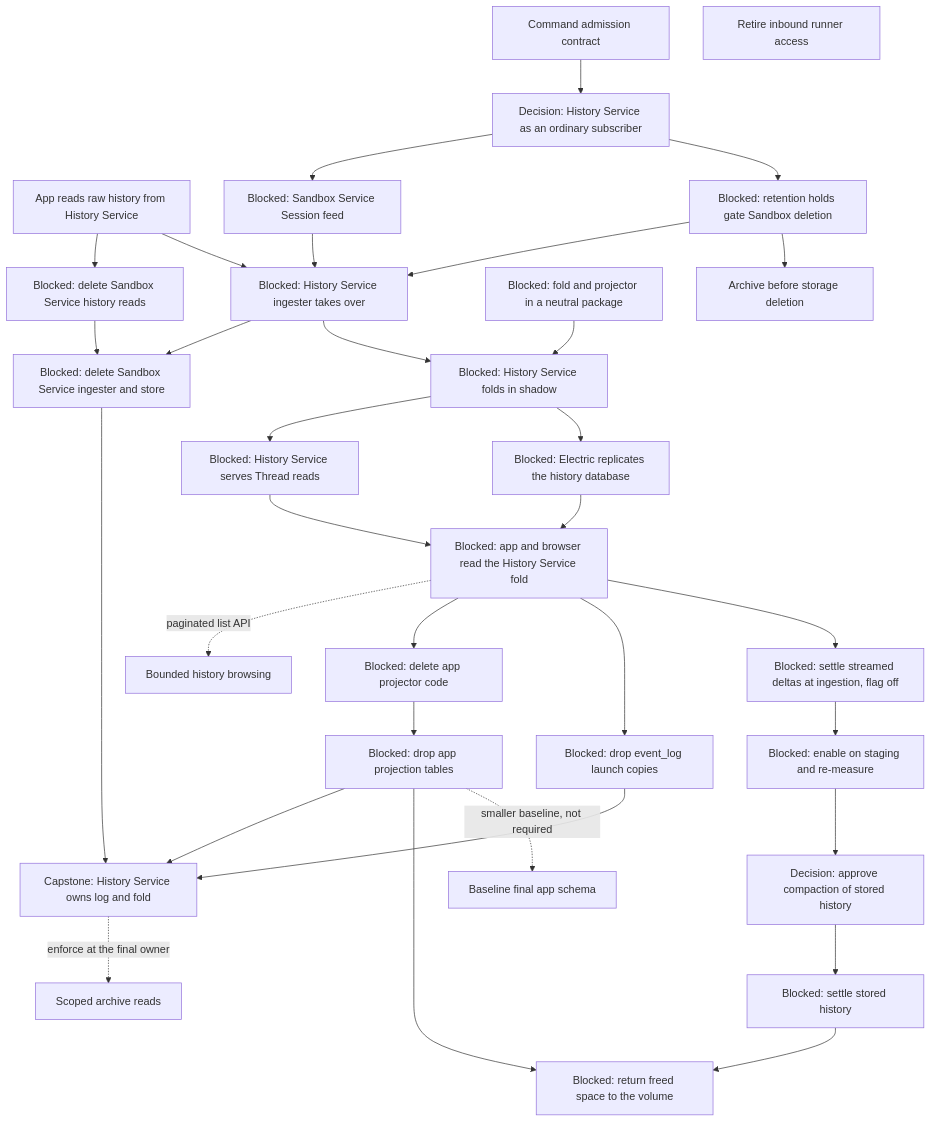
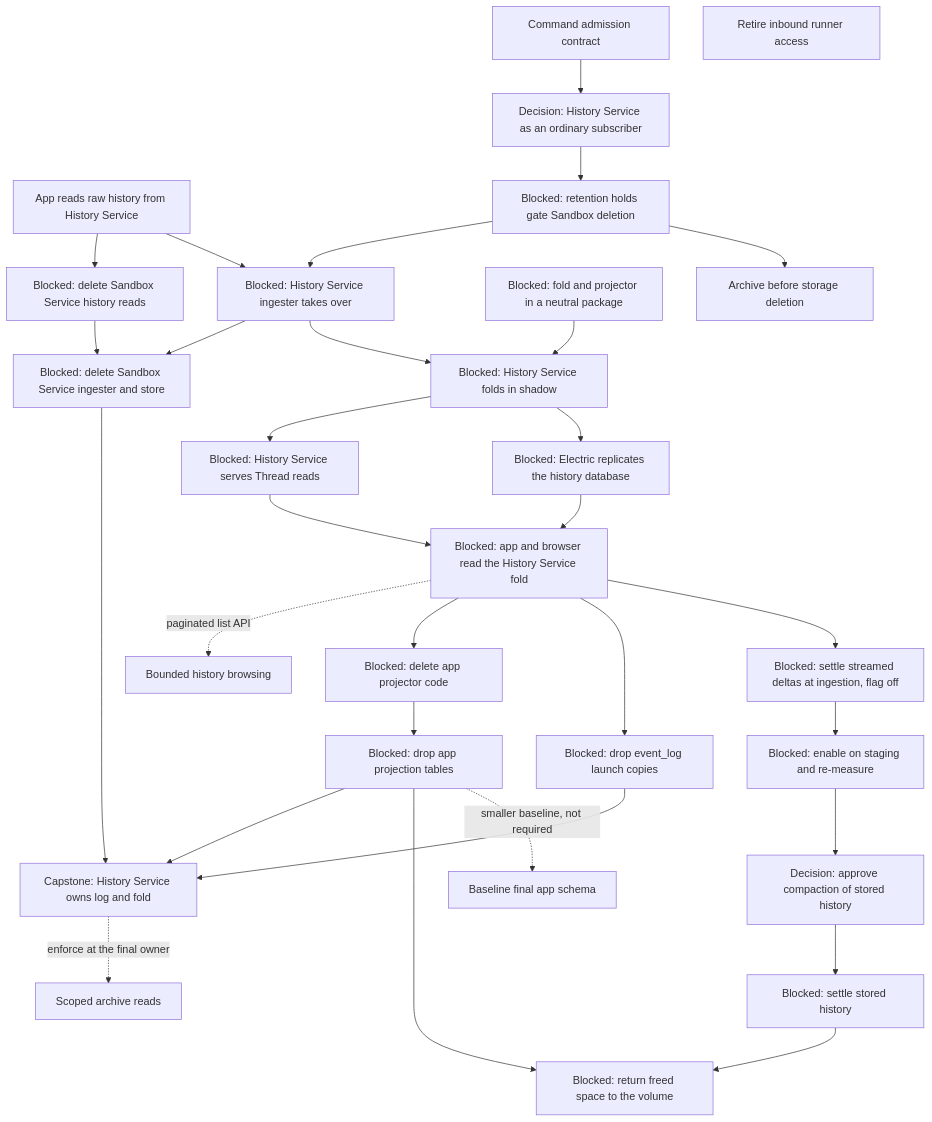
Before and after one commit to agentydragon-agent/ducktape: the eighth of 9 diagrams in agentplane/plans/task_dag.md, drawn with Mermaid. The commit also changed other lines of this file and 14 other files, not shown here.

First line of the commit message:
agentplane: Sandbox Service WatchSessions feed (#9746)

````diff
--- a/agentplane/plans/task_dag.md
+++ b/agentplane/plans/task_dag.md
@@ -749,61 +749,58 @@
 ```mermaid
 flowchart TD
     SESSION_FOLLOW_CONTRACT[Decision: History Service as an ordinary subscriber]
     SESSION_COMMAND_CONTRACT[Command admission contract]
     HISTORY_READ_CUTOVER[App reads raw history from History Service]
     SANDBOX_HISTORY_READS_RETIRE[Blocked: delete Sandbox Service history reads]
-    SESSION_WATCH[Blocked: Sandbox Service Session feed]
     RETENTION_HOLDS[Blocked: retention holds gate Sandbox deletion]
     HISTORY_WRITE_HANDOFF[Blocked: History Service ingester takes over]
     SANDBOX_LOCAL_HISTORY_RETIRE[Blocked: delete Sandbox Service ingester and store]
     FOLD_LIBRARY_EXTRACT[Blocked: fold and projector in a neutral package]
     FOLD_SHADOW[Blocked: History Service folds in shadow]
     FOLD_READ_API[Blocked: History Service serves Thread reads]
     ELECTRIC_HISTORY_SOURCE[Blocked: Electric replicates the history database]
     FOLD_READ_CUTOVER[Blocked: app and browser read the History Service fold]
     APP_PROJECTOR_RETIRE[Blocked: delete app projector code]
     APP_PROJECTION_RETIRE[Blocked: drop app projection tables]
     APP_EVENT_LOG_COPIES_RETIRE[Blocked: drop event_log launch copies]
     HISTORY_SERVICE_OWNERSHIP[Capstone: History Service owns log and fold]
     SESSION_EVENT_RETENTION[Blocked: settle streamed deltas at ingestion, flag off]
     SESSION_EVENT_RETENTION_ENABLE[Blocked: enable on staging and re-measure]
     SESSION_EVENT_COMPACTION_PLAN[Decision: approve compaction of stored history]
     SESSION_EVENT_COMPACTION[Blocked: settle stored history]
     HISTORY_REPACK[Blocked: return freed space to the volume]
     APP_ALEMBIC_SQUASH[Baseline final app schema]
     THREAD_BROWSE_PAGINATE[Bounded history browsing]
     THREAD_READ_POLICY[Scoped archive reads]
     RUNNER_INBOUND_RETIRE[Retire inbound runner access]
     SANDBOX_LIFECYCLE_DURABILITY[Archive before storage deletion]
     SESSION_COMMAND_CONTRACT --> SESSION_FOLLOW_CONTRACT
     HISTORY_READ_CUTOVER --> SANDBOX_HISTORY_READS_RETIRE
-    SESSION_FOLLOW_CONTRACT --> SESSION_WATCH
     SESSION_FOLLOW_CONTRACT --> RETENTION_HOLDS
-    SESSION_WATCH --> HISTORY_WRITE_HANDOFF
     RETENTION_HOLDS --> HISTORY_WRITE_HANDOFF
     HISTORY_READ_CUTOVER --> HISTORY_WRITE_HANDOFF
     HISTORY_WRITE_HANDOFF --> SANDBOX_LOCAL_HISTORY_RETIRE
     SANDBOX_HISTORY_READS_RETIRE --> SANDBOX_LOCAL_HISTORY_RETIRE
     FOLD_LIBRARY_EXTRACT --> FOLD_SHADOW
     HISTORY_WRITE_HANDOFF --> FOLD_SHADOW
     FOLD_SHADOW --> FOLD_READ_API
     FOLD_SHADOW --> ELECTRIC_HISTORY_SOURCE
     FOLD_READ_API --> FOLD_READ_CUTOVER
     FOLD_READ_CUTOVER -. paginated list API .-> THREAD_BROWSE_PAGINATE
     ELECTRIC_HISTORY_SOURCE --> FOLD_READ_CUTOVER
     FOLD_READ_CUTOVER --> APP_PROJECTOR_RETIRE
     APP_PROJECTOR_RETIRE --> APP_PROJECTION_RETIRE
     FOLD_READ_CUTOVER --> APP_EVENT_LOG_COPIES_RETIRE
     APP_EVENT_LOG_COPIES_RETIRE --> HISTORY_SERVICE_OWNERSHIP
     APP_PROJECTION_RETIRE --> HISTORY_SERVICE_OWNERSHIP
     SANDBOX_LOCAL_HISTORY_RETIRE --> HISTORY_SERVICE_OWNERSHIP
     FOLD_READ_CUTOVER --> SESSION_EVENT_RETENTION
     SESSION_EVENT_RETENTION --> SESSION_EVENT_RETENTION_ENABLE
     SESSION_EVENT_RETENTION_ENABLE --> SESSION_EVENT_COMPACTION_PLAN
     SESSION_EVENT_COMPACTION_PLAN --> SESSION_EVENT_COMPACTION
     SESSION_EVENT_COMPACTION --> HISTORY_REPACK
     APP_PROJECTION_RETIRE --> HISTORY_REPACK
     APP_PROJECTION_RETIRE -. smaller baseline, not required .-> APP_ALEMBIC_SQUASH
     HISTORY_SERVICE_OWNERSHIP -. enforce at the final owner .-> THREAD_READ_POLICY
     RETENTION_HOLDS --> SANDBOX_LIFECYCLE_DURABILITY
 ```
````
